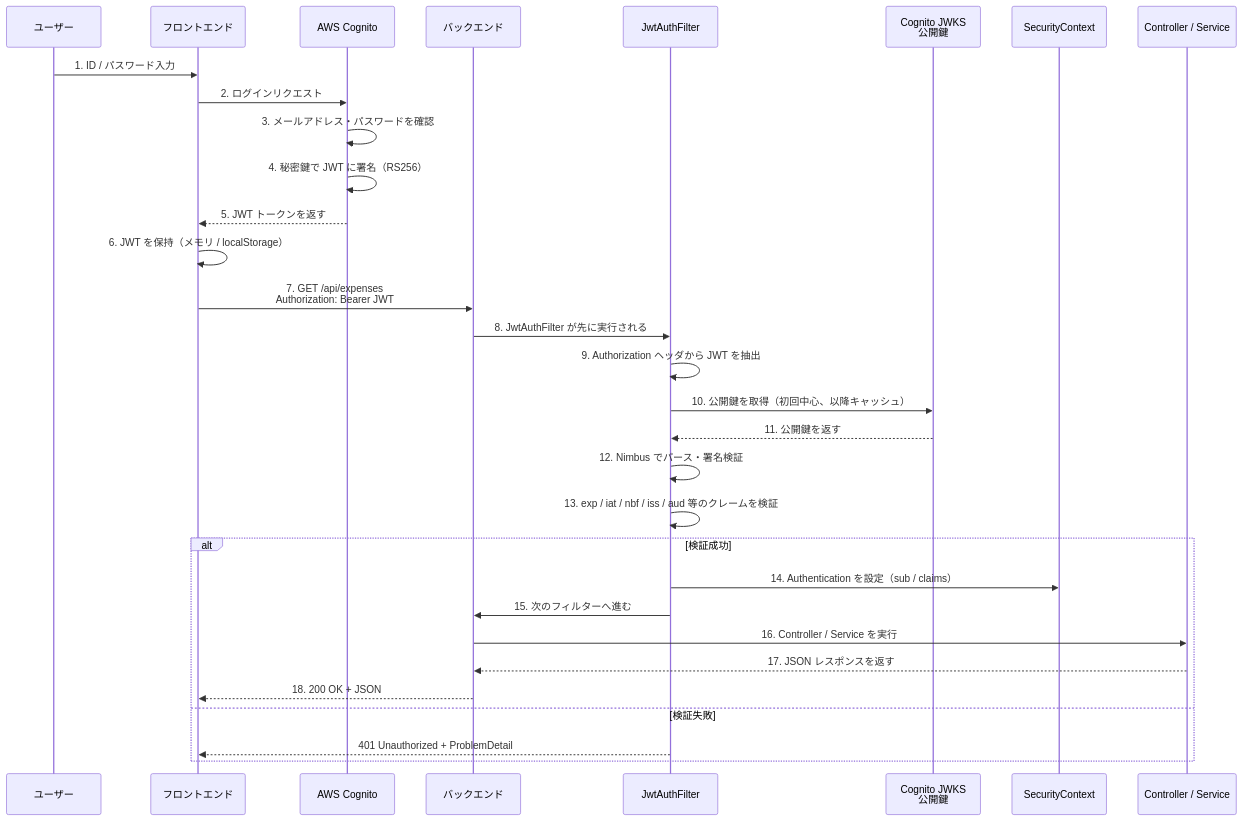
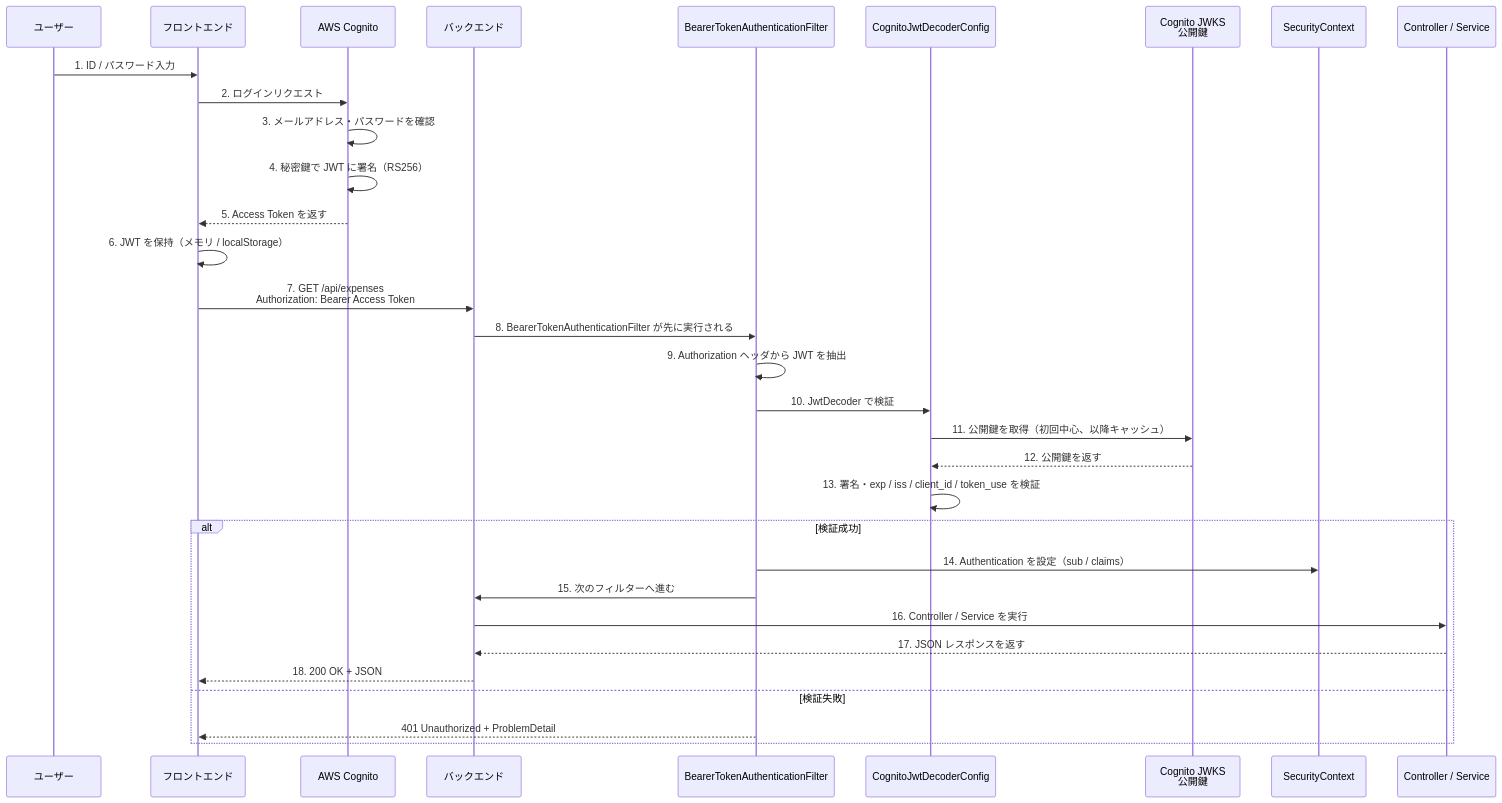
One commit to DRS22DownForce/SmartHouseholdAccountBook changed the eighth of 9 diagrams in docs/backend/04-security.md. Above: the diagram before and after it, drawn with Mermaid. The commit also changed other lines of this file and 30 other files, not shown here.

Commit message:
バックエンドのユーザー管理機能を改善し、Cognitoからのユーザー情報取得を最適化しました。`User`エンティティからメールアドレスを削除し、`CurrentAuthProvider`クラスの`getCurrentEmail`メソッドを廃止しました。また、JWT認証フィルターを削除し、Cognito向けのJWTデコーダー設定を新たに追加しました。これにより、個人情報の保存を避け、セキュリティを強化しました。関連するテストも更新しました。

````diff
--- a/docs/backend/04-security.md
+++ b/docs/backend/04-security.md
@@ -513,35 +517,36 @@
 ```mermaid
 sequenceDiagram
     participant User as ユーザー
     participant SPA as フロントエンド
     participant Cog as AWS Cognito
     participant API as バックエンド
-    participant Filter as JwtAuthFilter
+    participant Filter as BearerTokenAuthenticationFilter
+    participant Decoder as CognitoJwtDecoderConfig
     participant JWKS as Cognito JWKS<br/>公開鍵
     participant Ctx as SecurityContext
     participant Controller as Controller / Service
 
     User->>SPA: 1. ID / パスワード入力
     SPA->>Cog: 2. ログインリクエスト
     Cog->>Cog: 3. メールアドレス・パスワードを確認
     Cog->>Cog: 4. 秘密鍵で JWT に署名（RS256）
-    Cog-->>SPA: 5. JWT トークンを返す
+    Cog-->>SPA: 5. Access Token を返す
     SPA->>SPA: 6. JWT を保持（メモリ / localStorage）
 
-    SPA->>API: 7. GET /api/expenses<br/>Authorization: Bearer JWT
-    API->>Filter: 8. JwtAuthFilter が先に実行される
+    SPA->>API: 7. GET /api/expenses<br/>Authorization: Bearer Access Token
+    API->>Filter: 8. BearerTokenAuthenticationFilter が先に実行される
     Filter->>Filter: 9. Authorization ヘッダから JWT を抽出
-    Filter->>JWKS: 10. 公開鍵を取得（初回中心、以降キャッシュ）
-    JWKS-->>Filter: 11. 公開鍵を返す
-    Filter->>Filter: 12. Nimbus でパース・署名検証
-    Filter->>Filter: 13. exp / iat / nbf / iss / aud 等のクレームを検証
+    Filter->>Decoder: 10. JwtDecoder で検証
+    Decoder->>JWKS: 11. 公開鍵を取得（初回中心、以降キャッシュ）
+    JWKS-->>Decoder: 12. 公開鍵を返す
+    Decoder->>Decoder: 13. 署名・exp / iss / client_id / token_use を検証
     alt 検証成功
         Filter->>Ctx: 14. Authentication を設定（sub / claims）
         Filter->>API: 15. 次のフィルターへ進む
         API->>Controller: 16. Controller / Service を実行
         Controller-->>API: 17. JSON レスポンスを返す
         API-->>SPA: 18. 200 OK + JSON
     else 検証失敗
         Filter-->>SPA: 401 Unauthorized + ProblemDetail
     end
 ```
````
